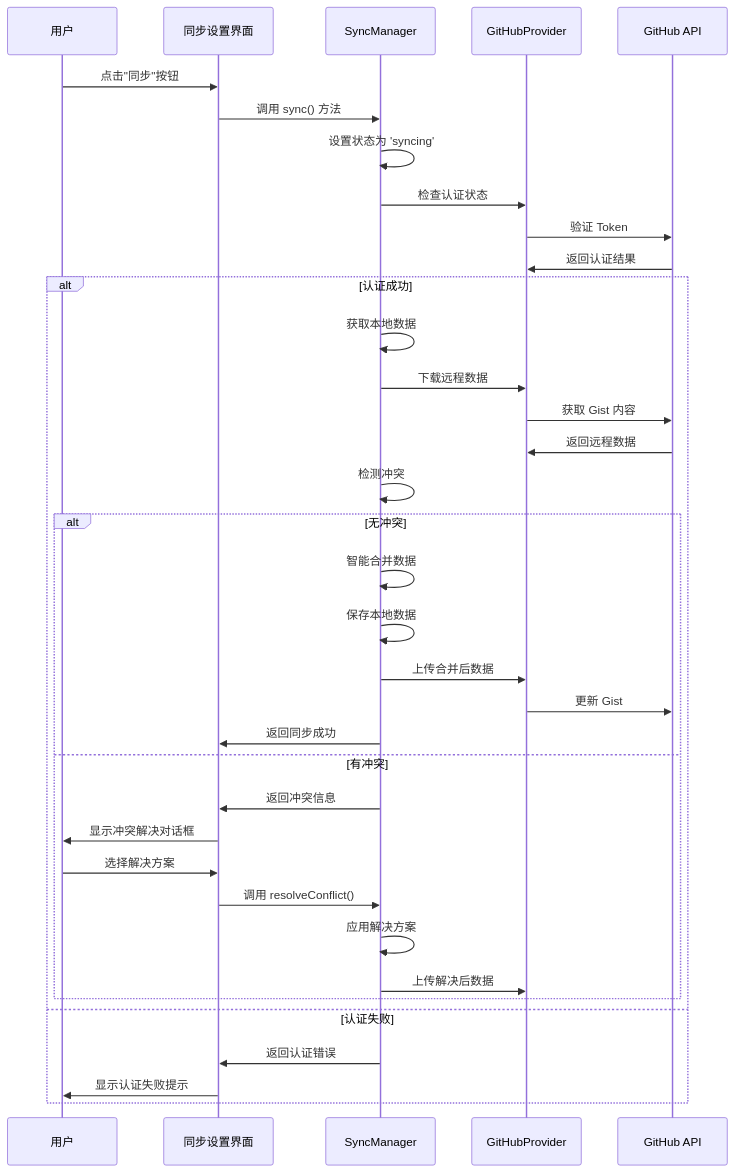
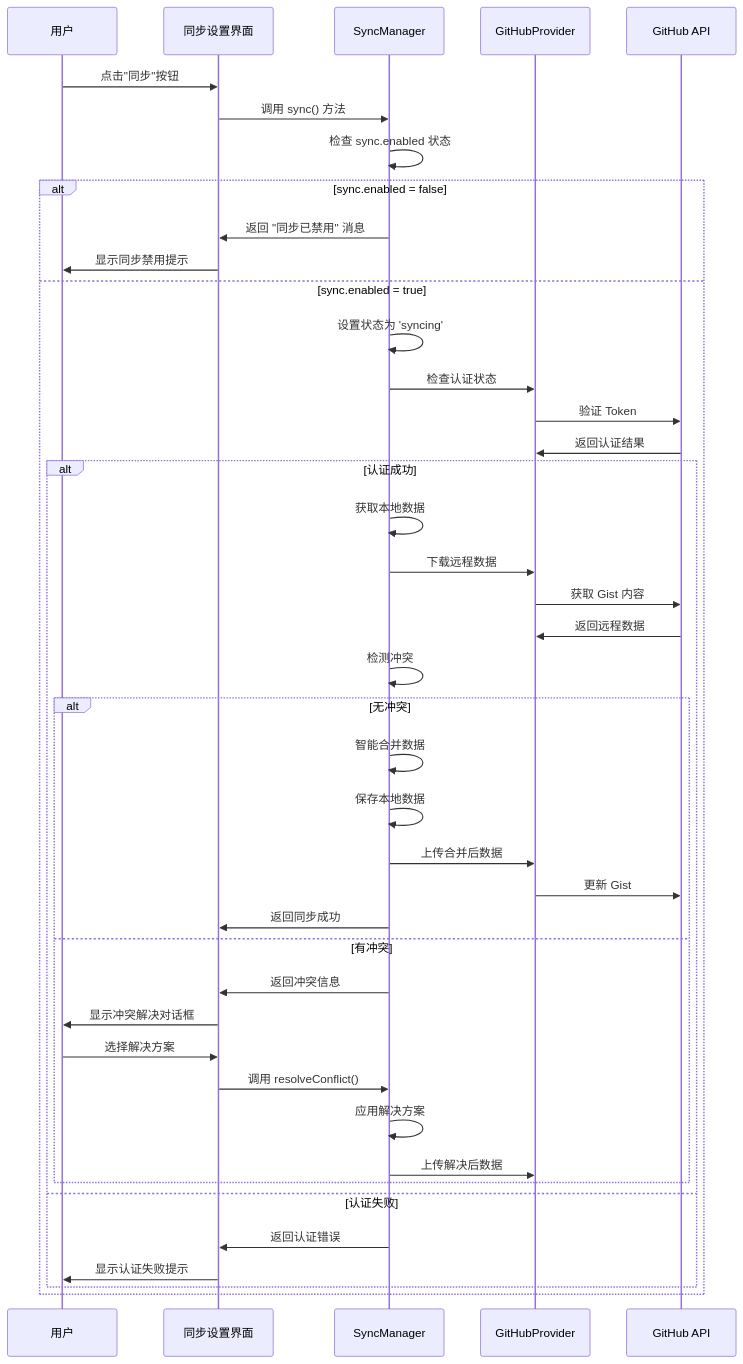
One commit to namehu/UniTab changed the seventh of 12 diagrams in UniTab_流程链路图.md. Above: the diagram before and after it, drawn with Mermaid. The commit also changed other lines of this file and 11 other files, not shown here.

````diff
--- a/UniTab_流程链路图.md
+++ b/UniTab_流程链路图.md
@@ -156,41 +190,48 @@
 ```mermaid
 sequenceDiagram
     participant U as 用户
     participant UI as 同步设置界面
     participant SM as SyncManager
     participant GP as GitHubProvider
     participant API as GitHub API
     
     U->>UI: 点击"同步"按钮
     UI->>SM: 调用 sync() 方法
-    SM->>SM: 设置状态为 'syncing'
-    SM->>GP: 检查认证状态
-    GP->>API: 验证 Token
-    API->>GP: 返回认证结果
+    SM->>SM: 检查 sync.enabled 状态
     
-    alt 认证成功
-        SM->>SM: 获取本地数据
-        SM->>GP: 下载远程数据
-        GP->>API: 获取 Gist 内容
-        API->>GP: 返回远程数据
+    alt sync.enabled = false
+        SM->>UI: 返回 "同步已禁用" 消息
+        UI->>U: 显示同步禁用提示
+    else sync.enabled = true
+        SM->>SM: 设置状态为 'syncing'
+        SM->>GP: 检查认证状态
+        GP->>API: 验证 Token
+        API->>GP: 返回认证结果
         
-        SM->>SM: 检测冲突
-        alt 无冲突
-            SM->>SM: 智能合并数据
-            SM->>SM: 保存本地数据
-            SM->>GP: 上传合并后数据
-            GP->>API: 更新 Gist
-            SM->>UI: 返回同步成功
-        else 有冲突
-            SM->>UI: 返回冲突信息
-            UI->>U: 显示冲突解决对话框
-            U->>UI: 选择解决方案
-            UI->>SM: 调用 resolveConflict()
-            SM->>SM: 应用解决方案
-            SM->>GP: 上传解决后数据
+        alt 认证成功
+            SM->>SM: 获取本地数据
+            SM->>GP: 下载远程数据
+            GP->>API: 获取 Gist 内容
+            API->>GP: 返回远程数据
+            
+            SM->>SM: 检测冲突
+            alt 无冲突
+                SM->>SM: 智能合并数据
+                SM->>SM: 保存本地数据
+                SM->>GP: 上传合并后数据
+                GP->>API: 更新 Gist
+                SM->>UI: 返回同步成功
+            else 有冲突
+                SM->>UI: 返回冲突信息
+                UI->>U: 显示冲突解决对话框
+                U->>UI: 选择解决方案
+                UI->>SM: 调用 resolveConflict()
+                SM->>SM: 应用解决方案
+                SM->>GP: 上传解决后数据
+            end
+        else 认证失败
+            SM->>UI: 返回认证错误
+            UI->>U: 显示认证失败提示
         end
-    else 认证失败
-        SM->>UI: 返回认证错误
-        UI->>U: 显示认证失败提示
     end
 ```
````
